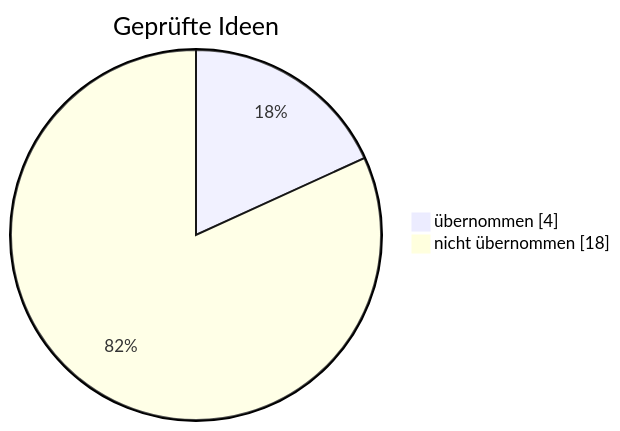
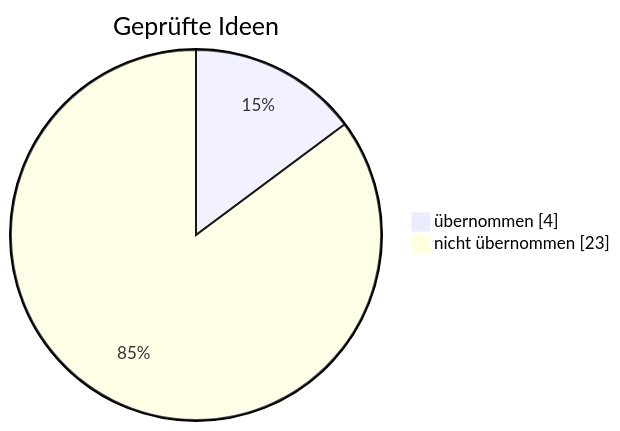
Before and after one commit to sickingmalte-arch/Test-Bot: the diagram in gehirn/Notizen/Was der Bot schon weiß.md, drawn with Mermaid. The commit also changed other lines of this file and 6 other files, not shown here.

````diff
--- a/gehirn/Notizen/Was der Bot schon weiß.md
+++ b/gehirn/Notizen/Was der Bot schon weiß.md
@@ -19,6 +19,6 @@
 ```mermaid
 pie showData
     title Geprüfte Ideen
     "übernommen" : 4
-    "nicht übernommen" : 18
+    "nicht übernommen" : 23
 ```
````
